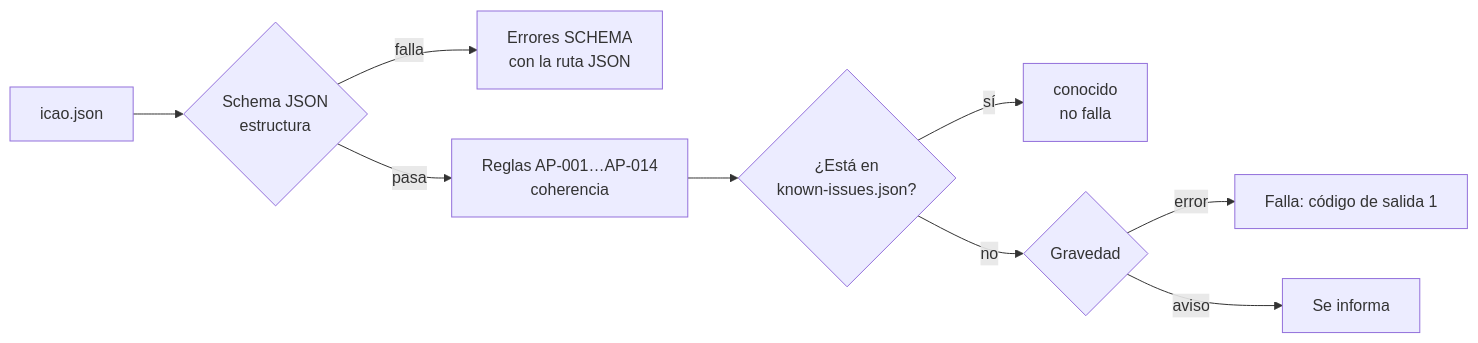
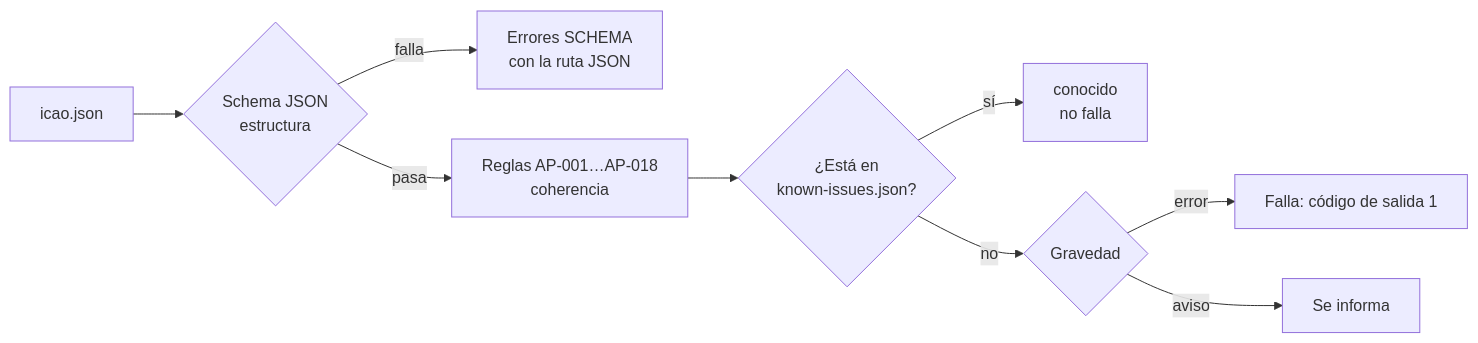
One commit to jossseluuu/openScope changed the diagram in docs/aeropuertos/validador.md. Above: the diagram before and after it, drawn with Mermaid. The commit also changed other lines of this file and 63 other files, not shown here.

````diff
--- a/docs/aeropuertos/validador.md
+++ b/docs/aeropuertos/validador.md
@@ -14,11 +15,11 @@
 ```mermaid
 flowchart LR
     F[icao.json] --> S{Schema JSON<br/>estructura}
     S -->|falla| E1[Errores SCHEMA<br/>con la ruta JSON]
-    S -->|pasa| R[Reglas AP-001…AP-014<br/>coherencia]
+    S -->|pasa| R[Reglas AP-001…AP-018<br/>coherencia]
     R --> K{¿Está en<br/>known-issues.json?}
     K -->|sí| C[conocido<br/>no falla]
     K -->|no| G{Gravedad}
     G -->|error| E2[Falla: código de salida 1]
     G -->|aviso| W[Se informa]
 ```
````
